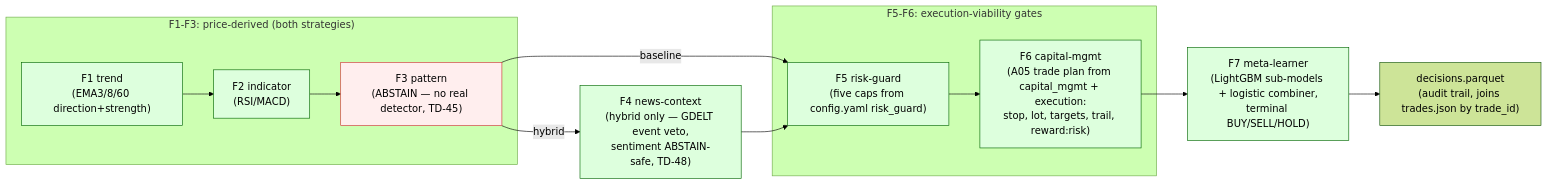
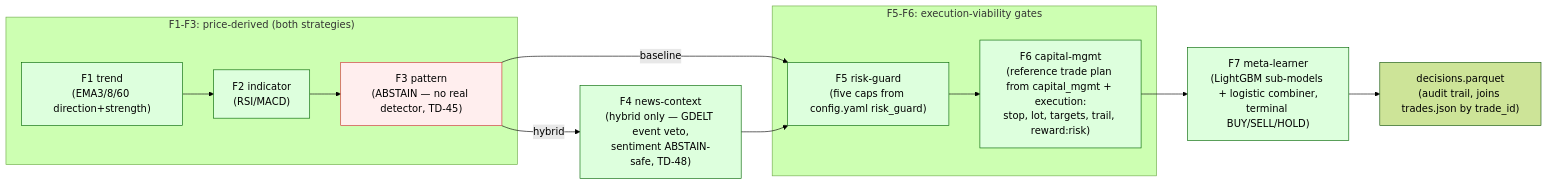
The second of 6 diagrams in algo-suite/docs/architecture.md (wbsouza/mba-icmc), drawn with Mermaid (forest theme) before and after one commit. The commit also changed 60 other files, not shown here.

````diff
--- a/algo-suite/docs/architecture.md
+++ b/algo-suite/docs/architecture.md
@@ -323,24 +323,24 @@
 ```mermaid
 flowchart LR
     subgraph shared["F1-F3: price-derived (both strategies)"]
         F1["F1 trend\n(EMA3/8/60 direction+strength)"]
         F2["F2 indicator\n(RSI/MACD)"]
         F3["F3 pattern\n(ABSTAIN — no real detector, TD-45)"]
     end
     F4["F4 news-context\n(hybrid only — GDELT event veto,\nsentiment ABSTAIN-safe, TD-48)"]
     subgraph gates["F5-F6: execution-viability gates"]
         F5["F5 risk-guard\n(five caps from config.yaml risk_guard)"]
-        F6["F6 capital-mgmt\n(A05 trade plan from capital_mgmt + execution:\nstop, lot, targets, trail, reward:risk)"]
+        F6["F6 capital-mgmt\n(reference trade plan from capital_mgmt + execution:\nstop, lot, targets, trail, reward:risk)"]
     end
     F7["F7 meta-learner\n(LightGBM sub-models + logistic combiner,\nterminal BUY/SELL/HOLD)"]
     AU["decisions.parquet\n(audit trail, joins trades.json by trade_id)"]
 
     F1 --> F2 --> F3 -->|"baseline"| F5
     F3 -->|"hybrid"| F4 --> F5
     F5 --> F6 --> F7 --> AU
 
     classDef placeholder fill:#fee,stroke:#c33
     classDef built fill:#dfd,stroke:#060
     class F3 placeholder
     class F1,F2,F4,F5,F6,F7 built
 ```
````
